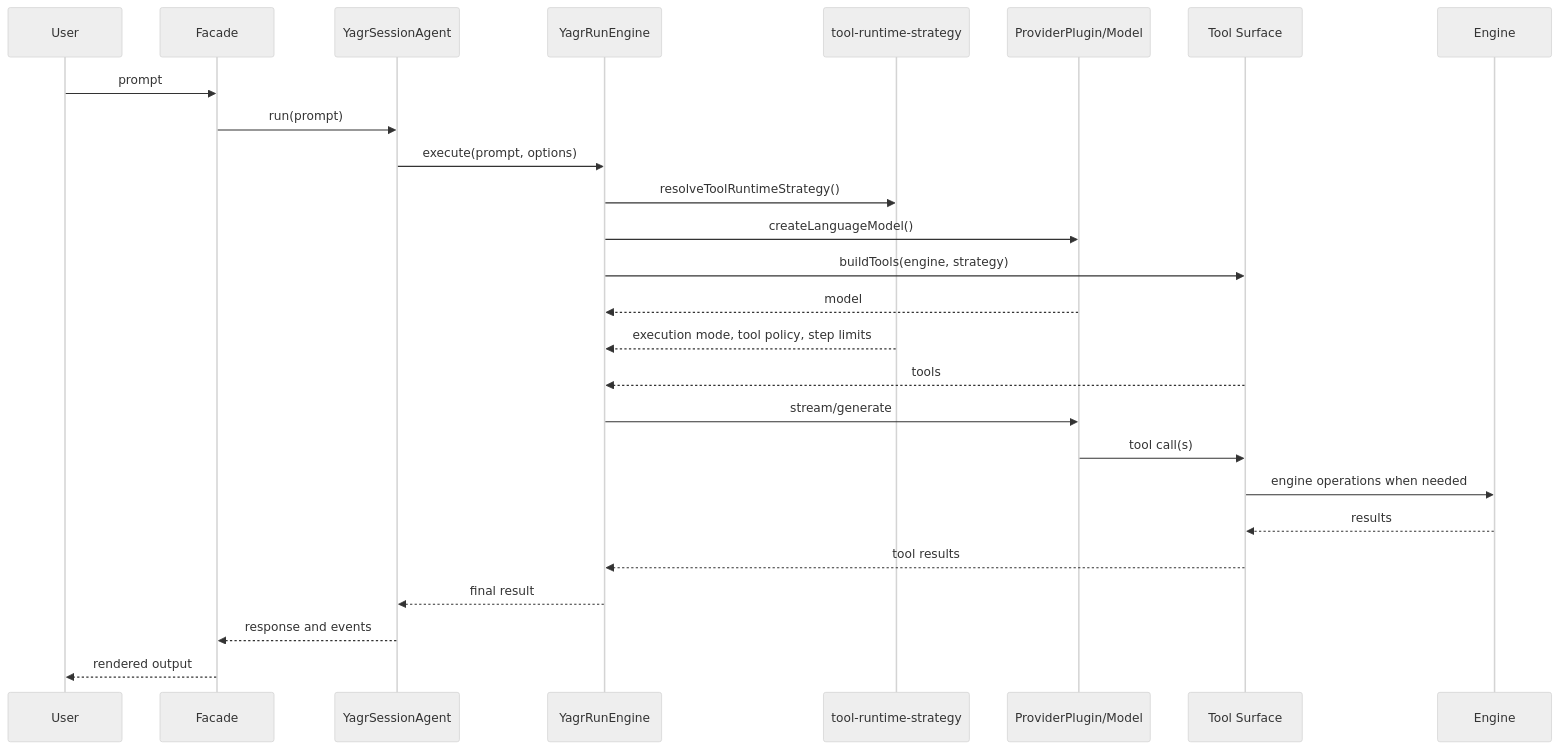
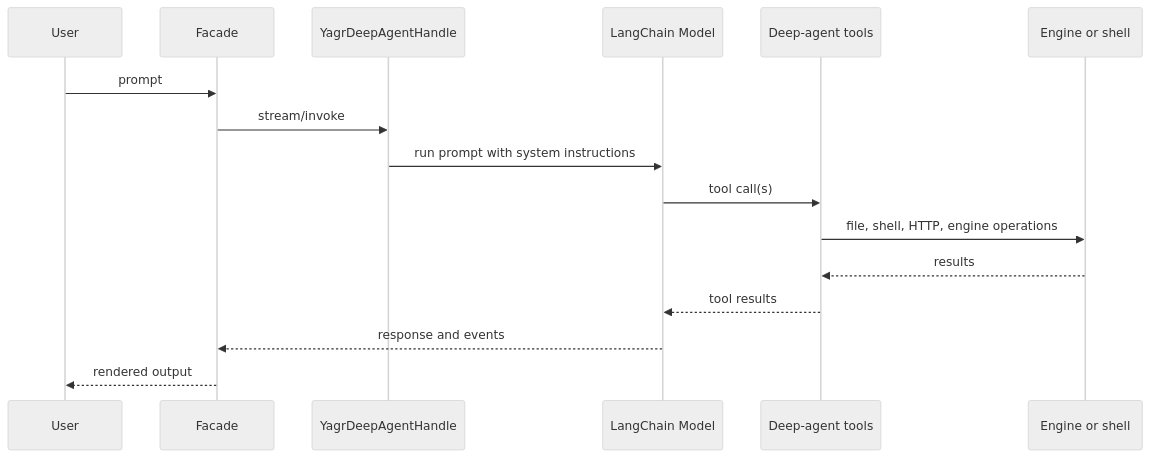
Before and after one commit to EtienneLescot/yagr: the first of 8 diagrams in architecture/current/runtime-flows.md, drawn with Mermaid (neutral theme). The commit also changed other lines of this file and 30 other files, not shown here.

````diff
--- a/architecture/current/runtime-flows.md
+++ b/architecture/current/runtime-flows.md
@@ -7,29 +7,19 @@
 ```mermaid
 sequenceDiagram
     participant U as User
     participant F as Facade
-    participant A as YagrSessionAgent
-    participant R as YagrRunEngine
-    participant S as tool-runtime-strategy
-    participant M as ProviderPlugin/Model
-    participant T as Tool Surface
-    participant E as Engine
+    participant H as YagrDeepAgentHandle
+    participant M as LangChain Model
+    participant T as Deep-agent tools
+    participant E as Engine or shell
 
     U->>F: prompt
-    F->>A: run(prompt)
-    A->>R: execute(prompt, options)
-    R->>S: resolveToolRuntimeStrategy()
-    R->>M: createLanguageModel()
-    R->>T: buildTools(engine, strategy)
-    M-->>R: model
-    S-->>R: execution mode, tool policy, step limits
-    T-->>R: tools
-    R->>M: stream/generate
+    F->>H: stream/invoke
+    H->>M: run prompt with system instructions
     M->>T: tool call(s)
-    T->>E: engine operations when needed
+    T->>E: file, shell, HTTP, engine operations
     E-->>T: results
-    T-->>R: tool results
-    R-->>A: final result
-    A-->>F: response and events
+    T-->>M: tool results
+    M-->>F: response and events
     F-->>U: rendered output
 ```
````
